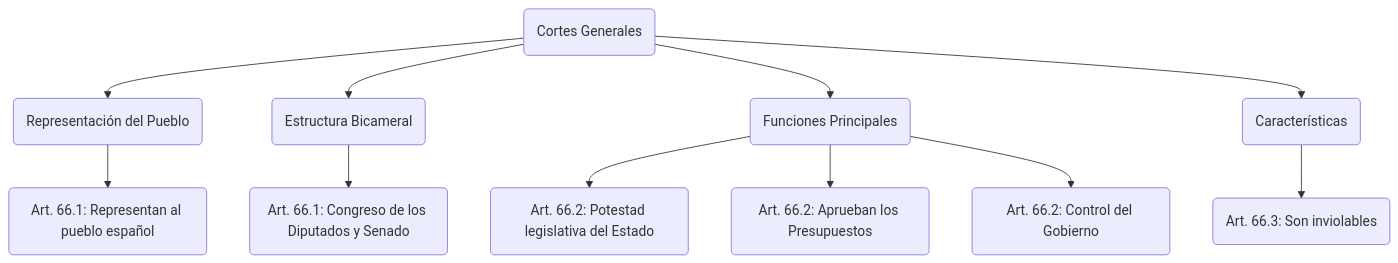
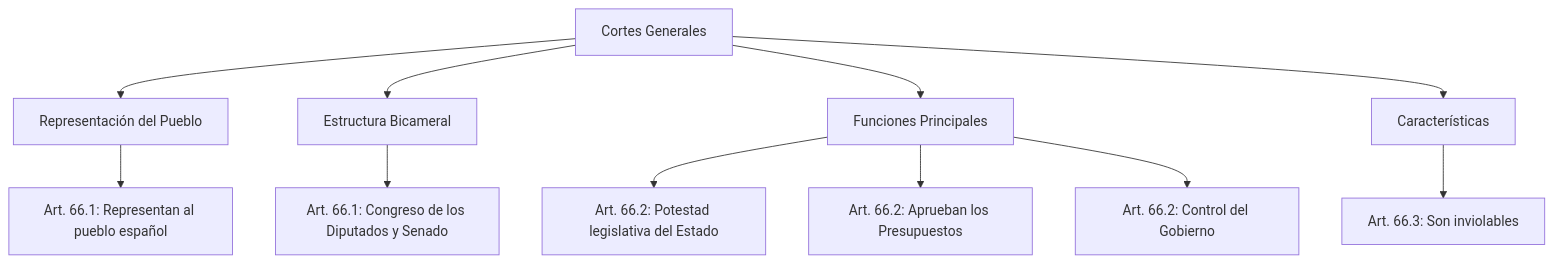
One commit to Arxon-dev/opomelilla changed the diagram in src/site/notes/OpoMelilla/BLOQUE 1/Tema 1. Constitución. Organización política y territorial del Estado..md. Above: the diagram before and after it, drawn with Mermaid.

Commit message:
Update content src/site/notes/OpoMelilla/BLOQUE 1/Tema 1. Constitución. Organización política y territorial del Estado..md

````diff
--- a/src/site/notes/OpoMelilla/BLOQUE 1/Tema 1. Constitución. Organización política y territorial del Estado..md
+++ b/src/site/notes/OpoMelilla/BLOQUE 1/Tema 1. Constitución. Organización política y territorial del Estado..md
@@ -25,17 +25,16 @@
 ```mermaid
-%%{init: {'flowchart': {'nodeSpacing': 50, 'rankSpacing': 50, 'htmlLabels': true}}}%%
 graph TD
-    A(Cortes Generales) --> B(Representación del Pueblo)
-    B --> B1(Art. 66.1: Representan al pueblo español)
+    A[Cortes Generales] --> B[Representación del Pueblo]
+    B --> B1[Art. 66.1: Representan al pueblo español]
     
-    A --> C(Estructura Bicameral)
-    C --> C1(Art. 66.1: Congreso de los Diputados y Senado)
+    A --> C[Estructura Bicameral]
+    C --> C1[Art. 66.1: Congreso de los Diputados y Senado]
     
-    A --> D(Funciones Principales)
-    D --> D1(Art. 66.2: Potestad legislativa del Estado)
-    D --> D2(Art. 66.2: Aprueban los Presupuestos)
-    D --> D3(Art. 66.2: Control del Gobierno)
+    A --> D[Funciones Principales]
+    D --> D1[Art. 66.2: Potestad legislativa del Estado]
+    D --> D2[Art. 66.2: Aprueban los Presupuestos]
+    D --> D3[Art. 66.2: Control del Gobierno]
     
-    A --> E(Características)
-    E --> E1(Art. 66.3: Son inviolables)
+    A --> E[Características]
+    E --> E1[Art. 66.3: Son inviolables]
 ```
````
